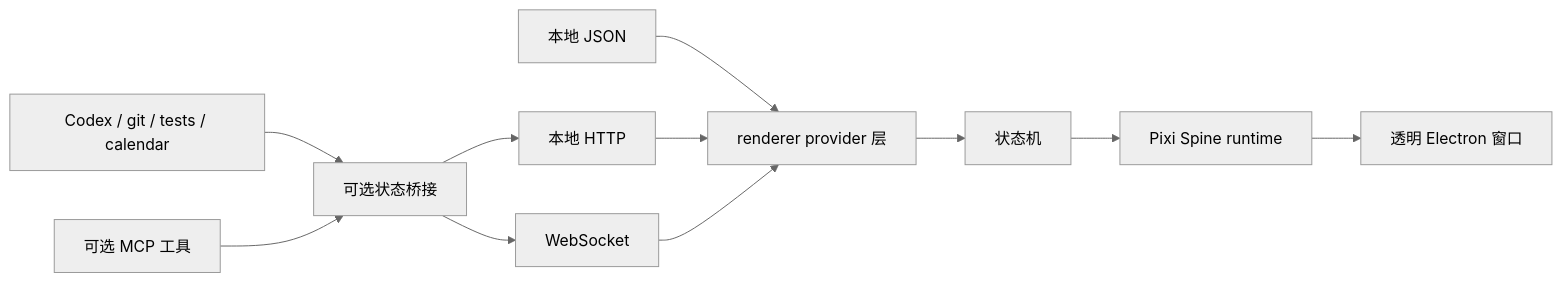
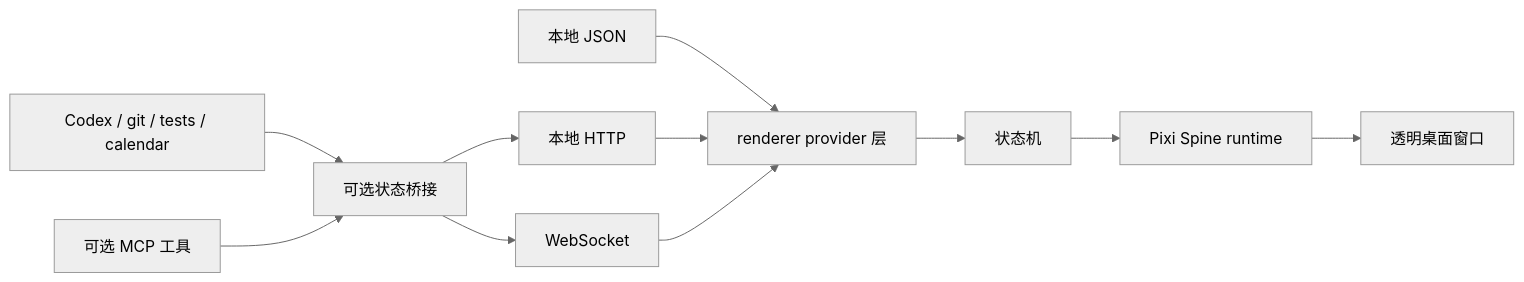
One commit to cb8010d6/spine-companion changed the diagram in docs/architecture.zh-CN.md. Above: the diagram before and after it, drawn with Mermaid (neutral theme). The commit also changed other lines of this file and 11 other files, not shown here.

````diff
--- a/docs/architecture.zh-CN.md
+++ b/docs/architecture.zh-CN.md
@@ -5,13 +5,13 @@
 ```mermaid
 flowchart LR
   Codex["Codex / git / tests / calendar"] --> Bridge["可选状态桥接"]
   MCP["可选 MCP 工具"] --> Bridge
   Json["本地 JSON"] --> Providers
   Http["本地 HTTP"] --> Providers
   Ws["WebSocket"] --> Providers
   Bridge --> Http
   Bridge --> Ws
   Providers["renderer provider 层"] --> State["状态机"]
   State --> Spine["Pixi Spine runtime"]
-  Spine --> Window["透明 Electron 窗口"]
+  Spine --> Window["透明桌面窗口"]
 ```
````
